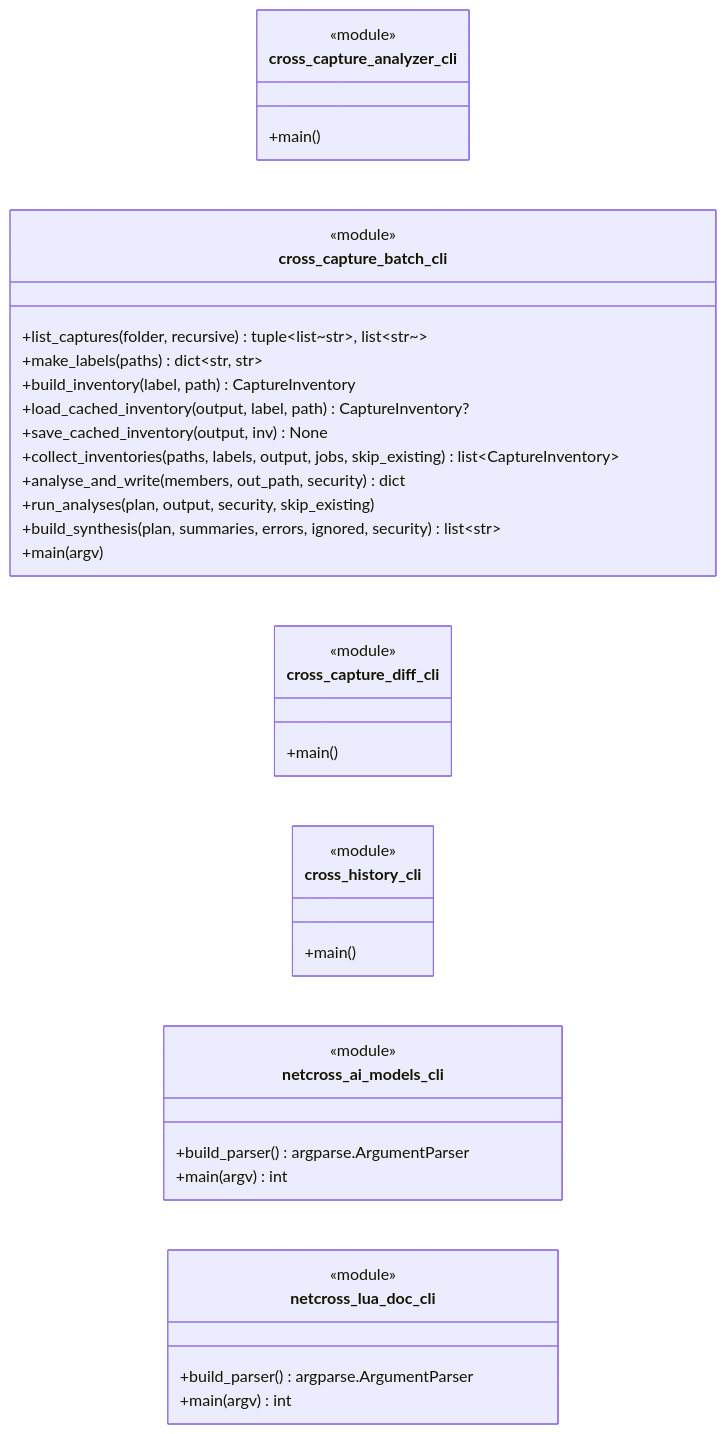
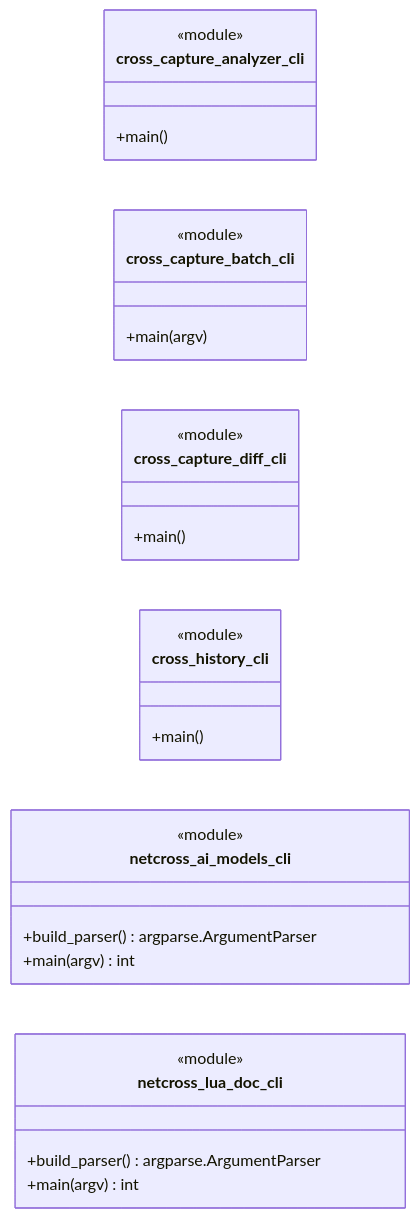
One commit to Mathide-Team/Netcross changed diagram 20 of 20 in docs/class-diagram.md. Above: the diagram before and after it, drawn with Mermaid. The commit also changed other lines of this file and 1 other file, not shown here.

Commit message:
chore: régénère class-diagram/openapi après fusion de dev

````diff
--- a/docs/class-diagram.md
+++ b/docs/class-diagram.md
@@ -4744,51 +4817,42 @@
 ```mermaid
 classDiagram
     direction LR
 
     %% ===== cross_capture_analyzer_cli =====
     class mod_cross_capture_analyzer_cli["cross_capture_analyzer_cli"] {
         <<module>>
         +main()
     }
 
     %% ===== cross_capture_batch_cli =====
     class mod_cross_capture_batch_cli["cross_capture_batch_cli"] {
         <<module>>
-        +list_captures(folder, recursive) tuple~list~str~, list~str~~
-        +make_labels(paths) dict~str, str~
-        +build_inventory(label, path) CaptureInventory
-        +load_cached_inventory(output, label, path) CaptureInventory?
-        +save_cached_inventory(output, inv) None
-        +collect_inventories(paths, labels, output, jobs, skip_existing) list~CaptureInventory~
-        +analyse_and_write(members, out_path, security) dict
-        +run_analyses(plan, output, security, skip_existing)
-        +build_synthesis(plan, summaries, errors, ignored, security) list~str~
         +main(argv)
     }
 
     %% ===== cross_capture_diff_cli =====
     class mod_cross_capture_diff_cli["cross_capture_diff_cli"] {
         <<module>>
         +main()
     }
 
     %% ===== cross_history_cli =====
     class mod_cross_history_cli["cross_history_cli"] {
         <<module>>
         +main()
     }
 
     %% ===== netcross_ai_models_cli =====
     class mod_netcross_ai_models_cli["netcross_ai_models_cli"] {
         <<module>>
         +build_parser() argparse.ArgumentParser
         +main(argv) int
     }
 
     %% ===== netcross_lua_doc_cli =====
     class mod_netcross_lua_doc_cli["netcross_lua_doc_cli"] {
         <<module>>
         +build_parser() argparse.ArgumentParser
         +main(argv) int
     }
 ```
````
